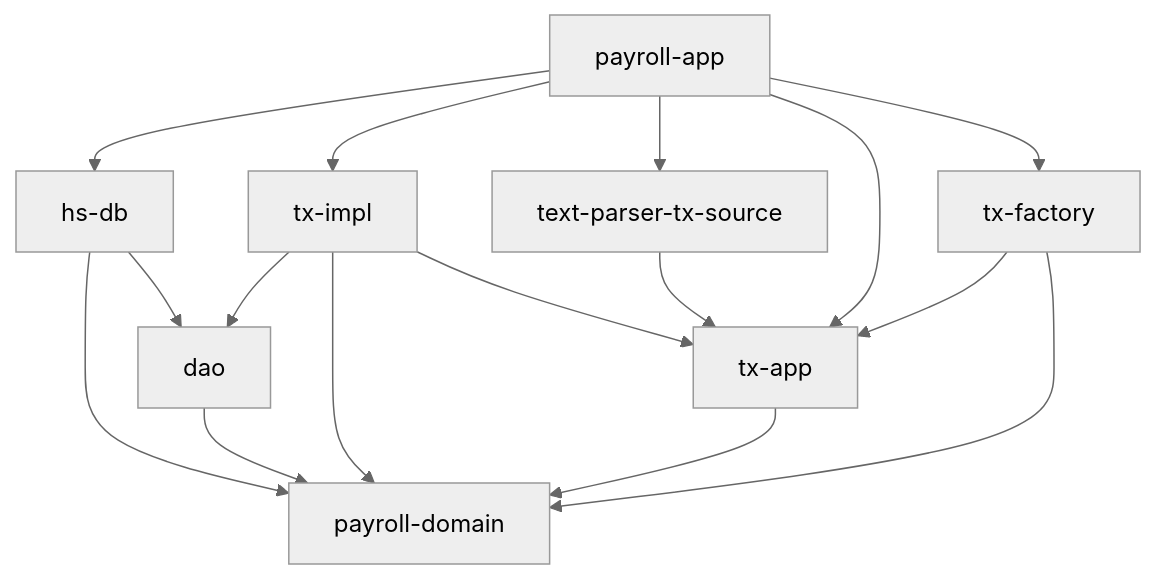
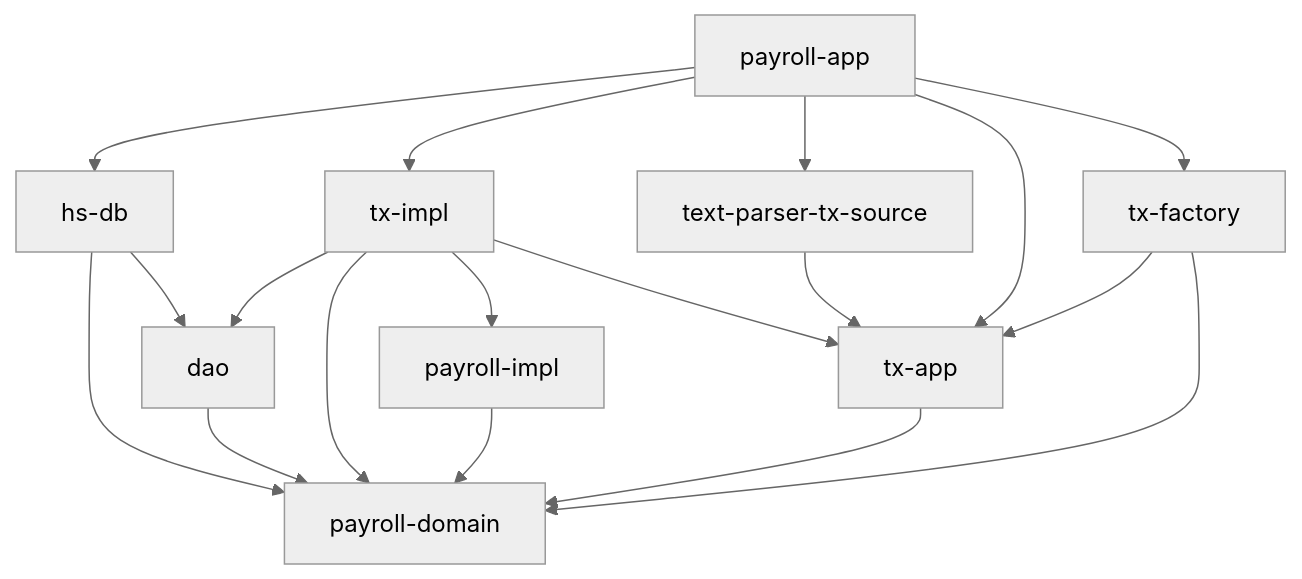
Before and after one commit to cutsea110/payroll: the diagram in README.md, drawn with Mermaid (neutral theme). The commit also changed 11 other files, not shown here.

````diff
--- a/README.md
+++ b/README.md
@@ -3,25 +3,28 @@
 ```mermaid
 graph TD
+
+  payroll-impl --> payroll-domain
 
   dao --> payroll-domain
   
   tx-impl --> dao
   tx-impl --> payroll-domain
+  tx-impl --> payroll-impl
   tx-impl --> tx-app
   
   tx-app --> payroll-domain
 
   tx-factory --> tx-app
   tx-factory --> payroll-domain
   
   text-parser-tx-source --> tx-app
   
   hs-db --> payroll-domain
   hs-db --> dao
   
   payroll-app --> hs-db
   payroll-app --> tx-impl
   payroll-app --> text-parser-tx-source
   payroll-app --> tx-app
   payroll-app --> tx-factory
 ```
````
